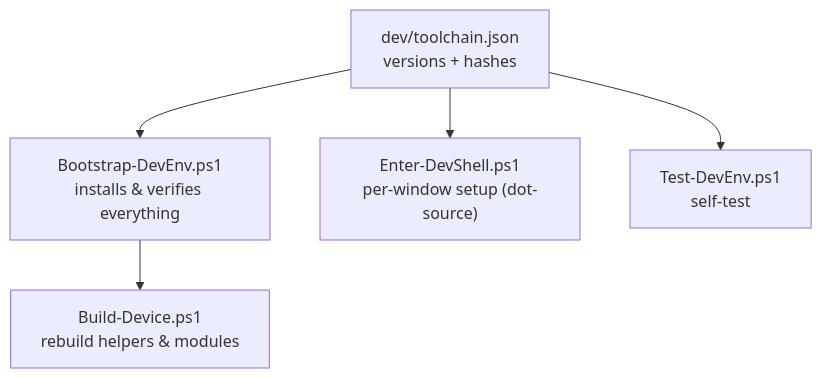
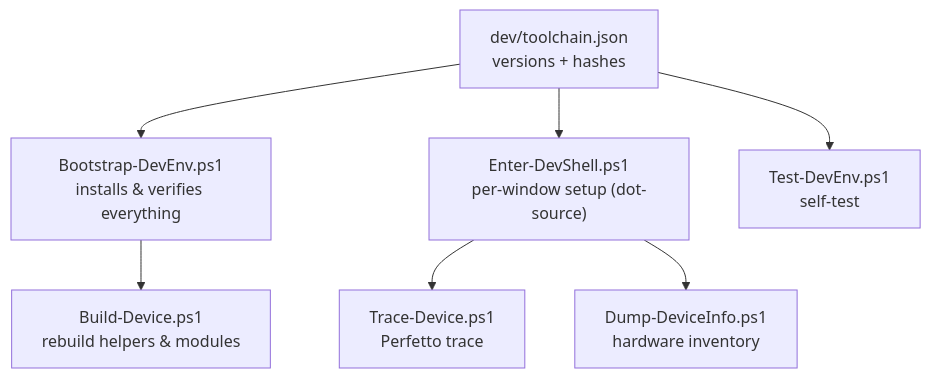
The diagram in docs/reference/environment.md (jim-wyatt/MotoRoot), drawn with Mermaid before and after one commit. The commit also changed other lines of this file and 11 other files, not shown here.

````diff
--- a/docs/reference/environment.md
+++ b/docs/reference/environment.md
@@ -7,8 +7,10 @@
 ```mermaid
 flowchart TB
     T["dev/toolchain.json<br/>versions + hashes"]
     T --> B["Bootstrap-DevEnv.ps1<br/>installs & verifies everything"]
     T --> E["Enter-DevShell.ps1<br/>per-window setup (dot-source)"]
     T --> TEST["Test-DevEnv.ps1<br/>self-test"]
     B --> BK["Build-Device.ps1<br/>rebuild helpers & modules"]
+    E --> TR["Trace-Device.ps1<br/>Perfetto trace"]
+    E --> DI["Dump-DeviceInfo.ps1<br/>hardware inventory"]
 ```
````
